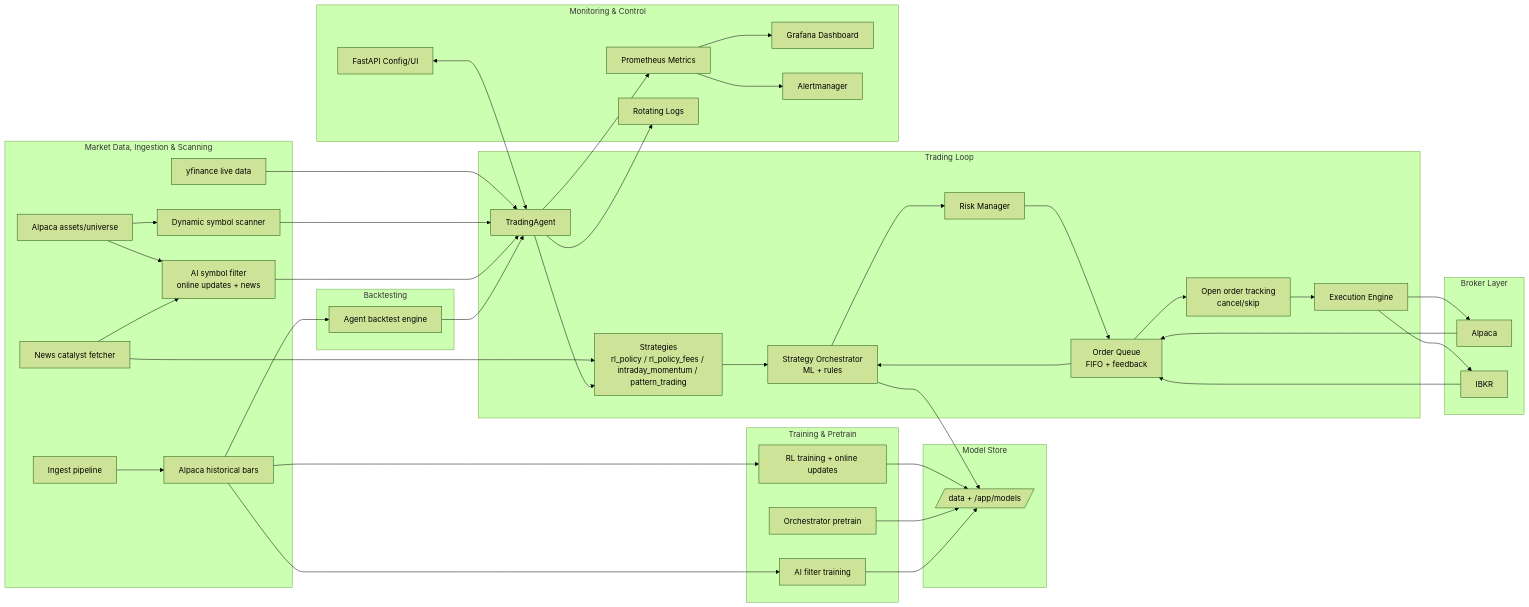
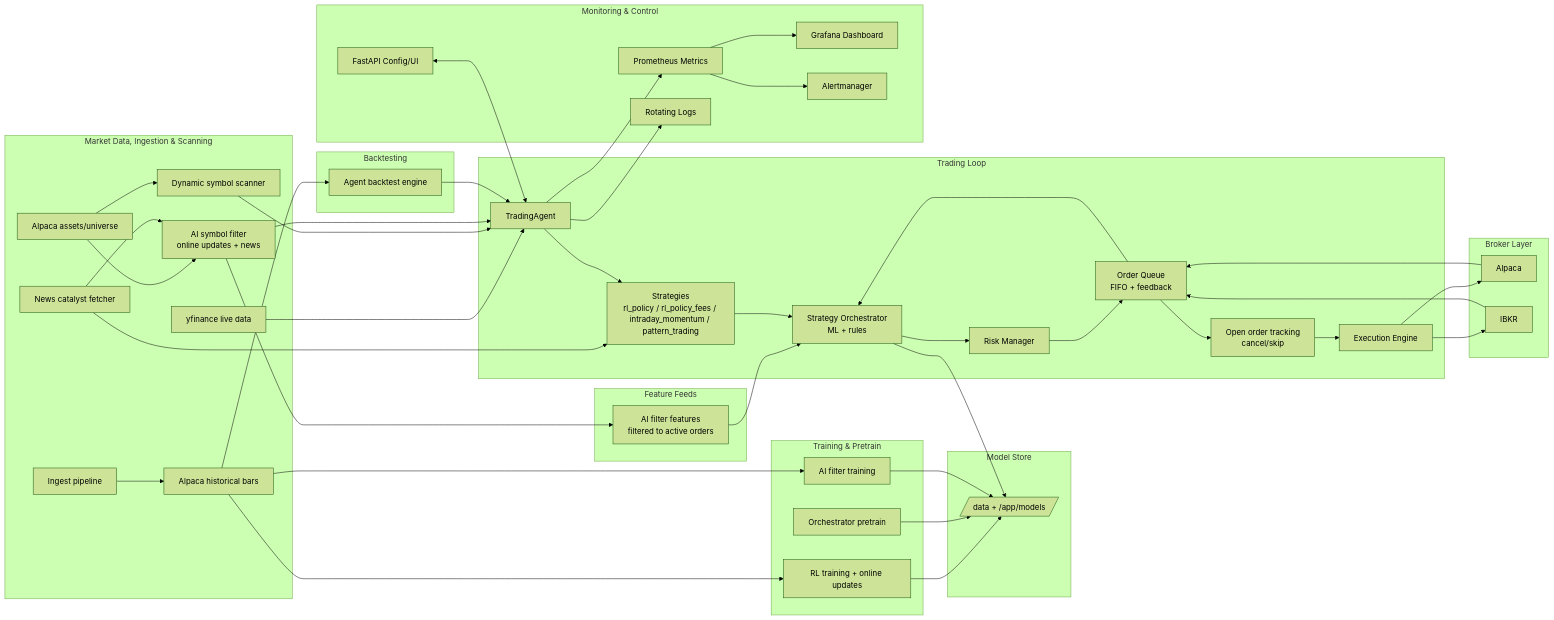
The diagram in README.md (ilfrick/Fricktrade), drawn with Mermaid (forest theme) before and after one commit. The commit also changed other lines of this file and 1 other file, not shown here.

Commit message:
Update diagram for AI feature feed

````diff
--- a/README.md
+++ b/README.md
@@ -34,69 +34,73 @@
 ```mermaid
 flowchart LR
     subgraph Data["Market Data, Ingestion & Scanning"]
         YF[yfinance live data]
         AlpacaBars[Alpaca historical bars]
         AlpacaAssets[Alpaca assets/universe]
         Ingest[Ingest pipeline]
         Scan[Dynamic symbol scanner]
         AIFilter[AI symbol filter<br/>online updates + news]
         News[News catalyst fetcher]
     end
     subgraph Models["Model Store"]
         ModelStore[/data + /app/models/]
     end
     subgraph Core["Trading Loop"]
         Trader[TradingAgent]
         Strat[Strategies<br/>rl_policy / rl_policy_fees / intraday_momentum / pattern_trading]
         Orchestrator[Strategy Orchestrator<br/>ML + rules]
         Risk[Risk Manager]
         Exec[Execution Engine]
         Queue[Order Queue<br/>FIFO + feedback]
         Orders[Open order tracking<br/>cancel/skip]
+    end
+    subgraph Features["Feature Feeds"]
+        AIFeatures[AI filter features<br/>filtered to active orders]
     end
     subgraph Training["Training & Pretrain"]
         RLTrain[RL training + online updates]
         OrchPretrain[Orchestrator pretrain]
         AIFilterTrain[AI filter training]
     end
     subgraph Backtest["Backtesting"]
         AgentBT[Agent backtest engine]
     end
     subgraph Broker["Broker Layer"]
         Alpaca[Alpaca]
         IBKR[IBKR]
     end
     subgraph Observability["Monitoring & Control"]
         Metrics[Prometheus Metrics]
         Grafana[Grafana Dashboard]
         Alerting[Alertmanager]
         API[FastAPI Config/UI]
         Logs[Rotating Logs]
     end
 
     YF --> Trader
     AlpacaBars --> RLTrain
     AlpacaBars --> AgentBT
     AlpacaBars --> AIFilterTrain
     AlpacaAssets --> Scan
     AlpacaAssets --> AIFilter
     Scan --> Trader
     AIFilter --> Trader
+    AIFilter --> AIFeatures --> Orchestrator
     News --> Strat
     News --> AIFilter
     Ingest --> AlpacaBars
     RLTrain --> ModelStore
     OrchPretrain --> ModelStore
     AIFilterTrain --> ModelStore
     Trader --> Strat --> Orchestrator --> Risk --> Queue --> Orders --> Exec --> Alpaca
     Exec --> IBKR
     Alpaca --> Queue
     IBKR --> Queue
     Queue --> Orchestrator
     Orchestrator --> ModelStore
     AgentBT --> Trader
     Trader --> Metrics --> Grafana
     Metrics --> Alerting
     Trader --> Logs
     API <--> Trader
 ```
````
